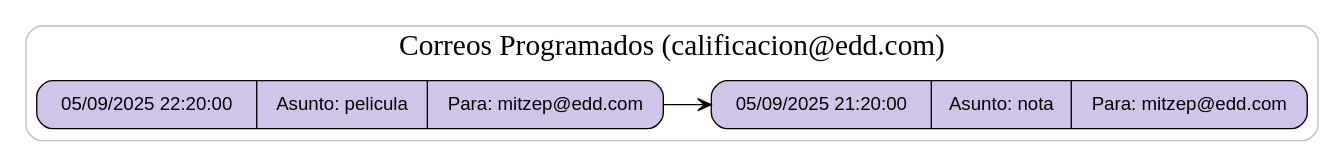
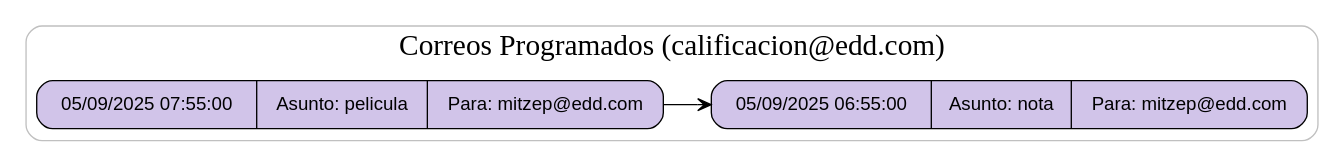
The diagram in Fase1/calificacion-Reportes/programados.dot (YurySantosGit/-EDD-2S2025_202113318), drawn with Graphviz before and after one commit. The commit also changed 24 other files, not shown here.

```diff
--- a/Fase1/calificacion-Reportes/programados.dot
+++ b/Fase1/calificacion-Reportes/programados.dot
@@ -1,11 +1,11 @@
 digraph Programados {
   graph [splines=ortho, bgcolor="white"];
   rankdir=LR;
   node [shape=record, style="rounded,filled", fillcolor="#D1C4E9", fontname="Helvetica"];
   edge [arrowhead=vee];
   subgraph cluster_cola { label="Correos Programados (calificacion@edd.com)"; labelloc=top; fontsize=22; style="rounded"; color="#C0C0C0";
-    c0 [label="{05/09/2025 22:20:00|Asunto: pelicula|Para: mitzep@edd.com}"];
-    c1 [label="{05/09/2025 21:20:00|Asunto: nota|Para: mitzep@edd.com}"];
+    c0 [label="{05/09/2025 07:55:00|Asunto: pelicula|Para: mitzep@edd.com}"];
+    c1 [label="{05/09/2025 06:55:00|Asunto: nota|Para: mitzep@edd.com}"];
     c0 -> c1;
   }
 }
```
